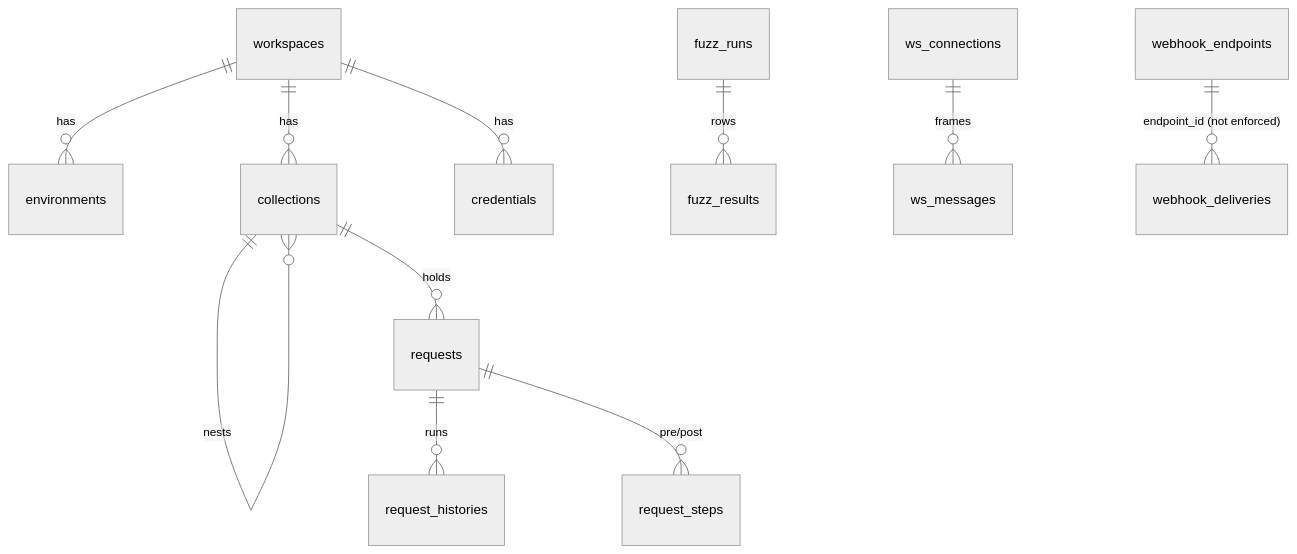
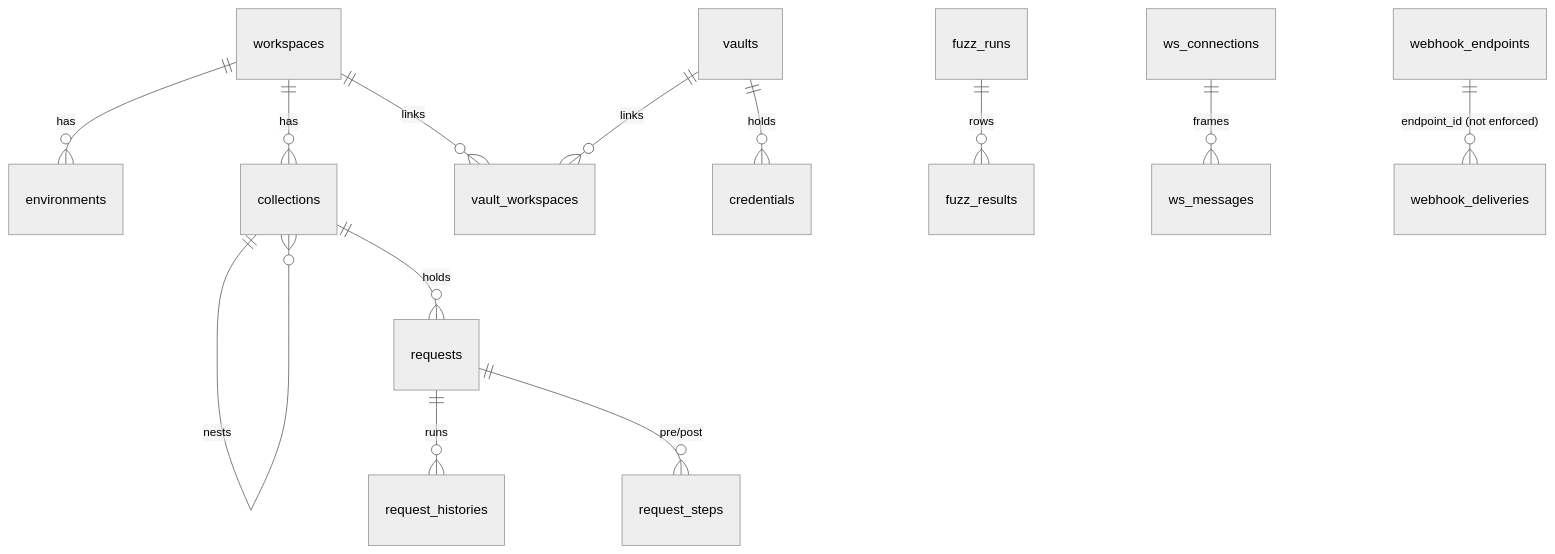
One commit to 7fuzz/mitm-rust changed the diagram in docs/DATABASE_SCHEMA.md. Above: the diagram before and after it, drawn with Mermaid (neutral theme). The commit also changed other lines of this file and 31 other files, not shown here.

First line of the commit message:
feat: credentials live in vaults that link to any number of workspaces

````diff
--- a/docs/DATABASE_SCHEMA.md
+++ b/docs/DATABASE_SCHEMA.md
@@ -26,13 +27,15 @@
 ```mermaid
 erDiagram
     workspaces ||--o{ environments : has
     workspaces ||--o{ collections : has
-    workspaces ||--o{ credentials : has
+    workspaces ||--o{ vault_workspaces : links
+    vaults ||--o{ vault_workspaces : links
+    vaults ||--o{ credentials : holds
     collections ||--o{ collections : nests
     collections ||--o{ requests : holds
     requests ||--o{ request_histories : runs
     requests ||--o{ request_steps : "pre/post"
     fuzz_runs ||--o{ fuzz_results : rows
     ws_connections ||--o{ ws_messages : frames
     webhook_endpoints ||--o{ webhook_deliveries : "endpoint_id (not enforced)"
 ```
````
